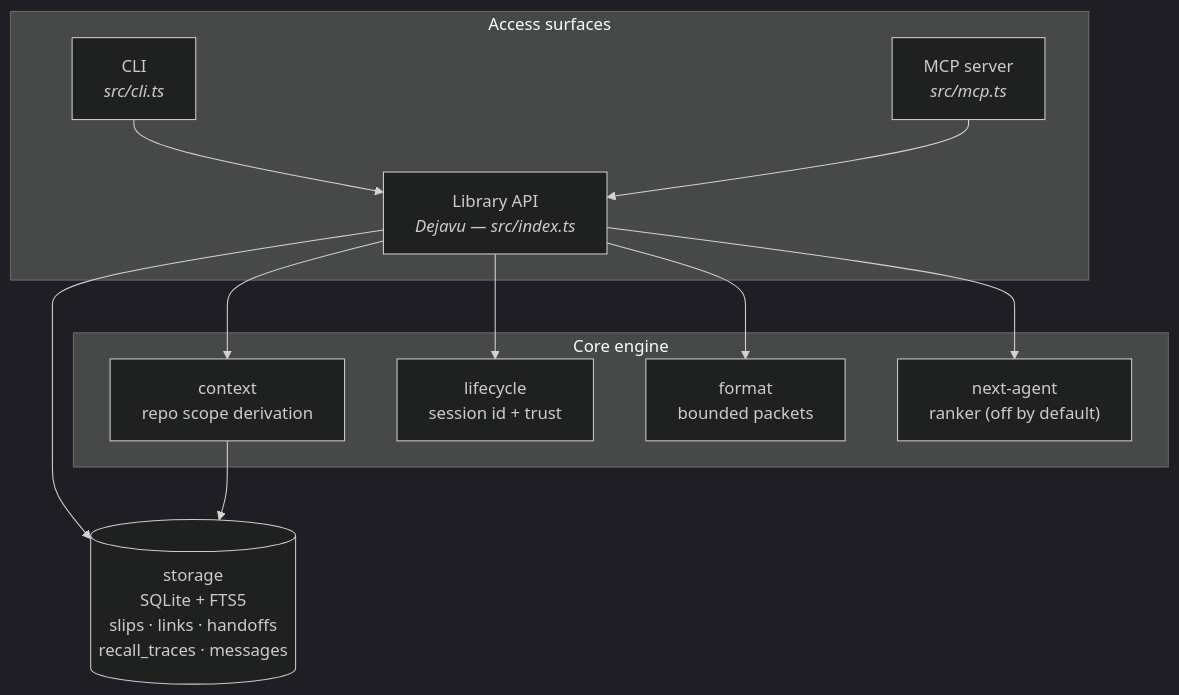
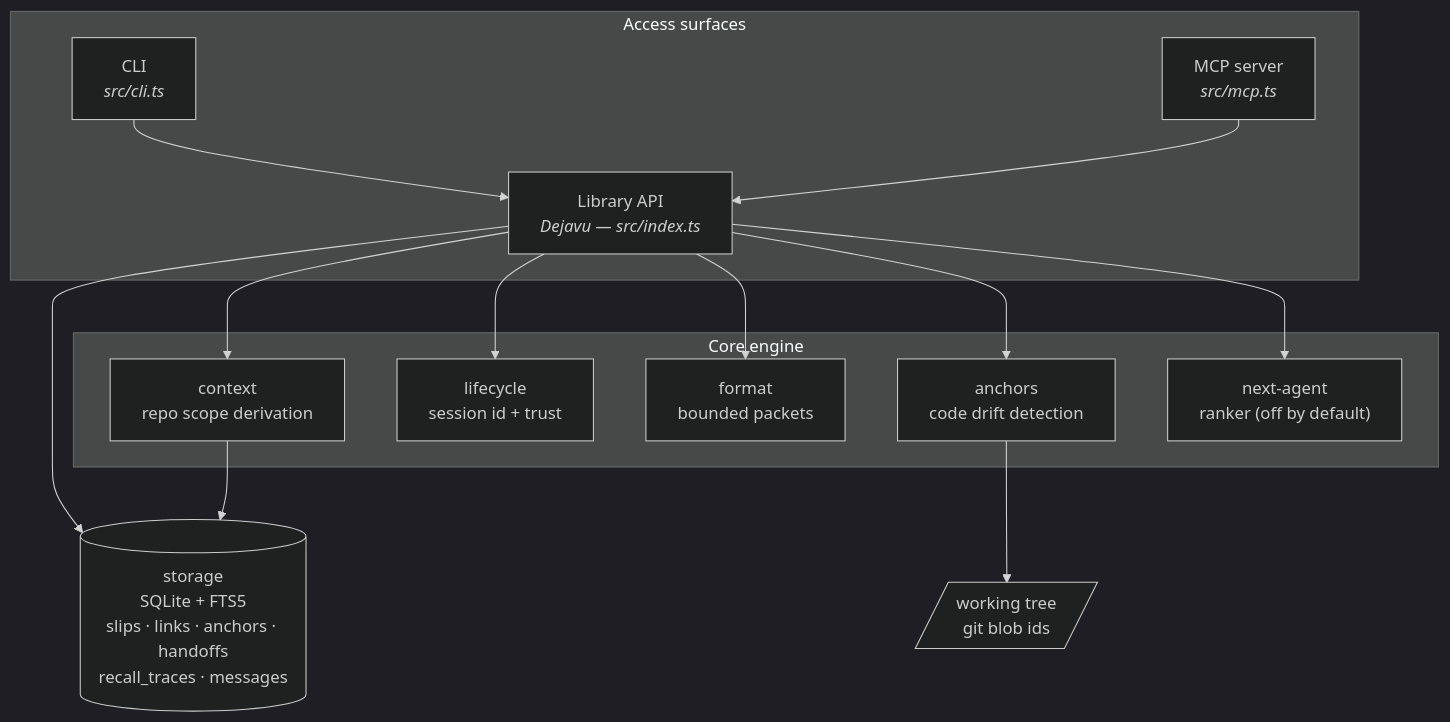
Before and after one commit to sanjayrohith/Dejavu: the second of 4 diagrams in README.md, drawn with Mermaid (dark theme). The commit also changed other lines of this file and 5 other files, not shown here.

First line of the commit message:
Document code anchors and drift

````diff
--- a/README.md
+++ b/README.md
@@ -133,26 +133,30 @@
 ```mermaid
 flowchart TB
     subgraph Access["Access surfaces"]
         CLI["CLI<br/><i>src/cli.ts</i>"]
         MCP["MCP server<br/><i>src/mcp.ts</i>"]
         LIB["Library API<br/><i>Dejavu — src/index.ts</i>"]
     end
 
     subgraph Core["Core engine"]
         CTX["context<br/>repo scope derivation"]
         LC["lifecycle<br/>session id + trust"]
         FMT["format<br/>bounded packets"]
+        ANC["anchors<br/>code drift detection"]
         NA["next-agent<br/>ranker (off by default)"]
     end
 
-    STORE[("storage<br/>SQLite + FTS5<br/>slips · links · handoffs<br/>recall_traces · messages")]
+    STORE[("storage<br/>SQLite + FTS5<br/>slips · links · anchors · handoffs<br/>recall_traces · messages")]
+    TREE[/"working tree<br/>git blob ids"/]
 
     CLI --> LIB
     MCP --> LIB
     LIB --> CTX
     LIB --> LC
     LIB --> FMT
+    LIB --> ANC
     LIB --> NA
     LIB --> STORE
     CTX --> STORE
+    ANC --> TREE
 ```
````
